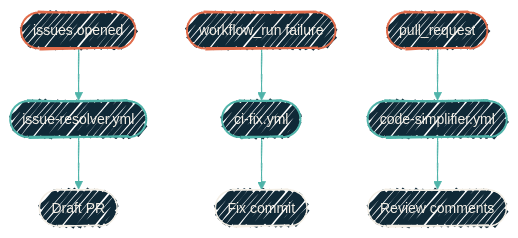
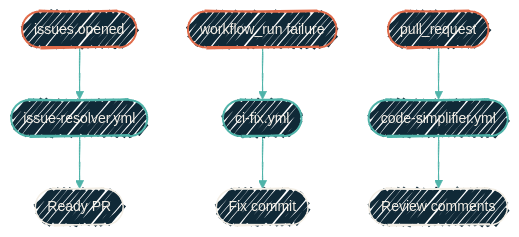
The diagram in automation/cloud-pipelines/overview.mdx (dryvist/docs), drawn with Mermaid before and after one commit. The commit also changed other lines of this file and 23 other files, not shown here.

````diff
--- a/automation/cloud-pipelines/overview.mdx
+++ b/automation/cloud-pipelines/overview.mdx
@@ -19,16 +19,16 @@
 ```mermaid
 %%{init:
   {'theme':'base','look':'handDrawn','themeVariables':{'fontFamily':'Geist','fontSize':'14px','primaryColor':'#102937','primaryTextColor':'#F4EFE6','primaryBorderColor':'#4FB3A9','lineColor':'#4FB3A9','secondaryColor':'#0B1D2A','tertiaryColor':'#1A2A38','clusterBkg':'rgba(79,179,169,0.08)','clusterBorder':'#4FB3A9'}}}%%
   flowchart TB
-  E1([issues.opened]) --> W1([issue-resolver.yml]) --> O1([Draft PR])
+  E1([issues.opened]) --> W1([issue-resolver.yml]) --> O1([Ready PR])
   E2([workflow_run failure]) --> W2([ci-fix.yml]) --> O2([Fix commit])
   E3([pull_request]) --> W3([code-simplifier.yml]) --> O3([Review comments])
 
   classDef evt fill:#102937,stroke:#E06B4A,stroke-width:2px,color:#F4EFE6;
   classDef wf  fill:#102937,stroke:#4FB3A9,stroke-width:2px,color:#F4EFE6;
   classDef out fill:#102937,stroke:#F4EFE6,stroke-width:1.5px,color:#F4EFE6;
 
   class E1,E2,E3 evt
   class W1,W2,W3 wf
   class O1,O2,O3 out
 ```
````
